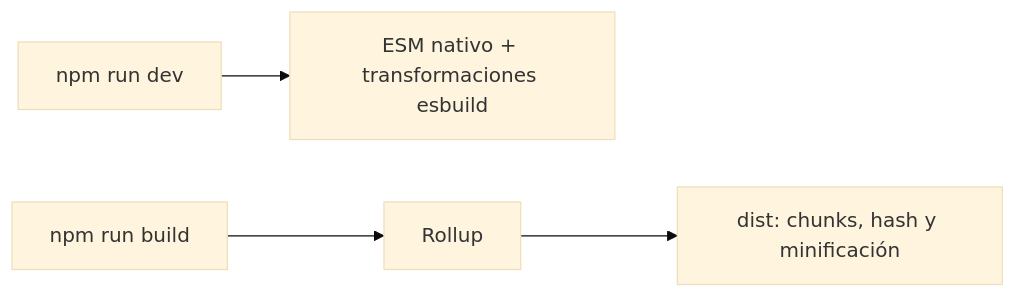
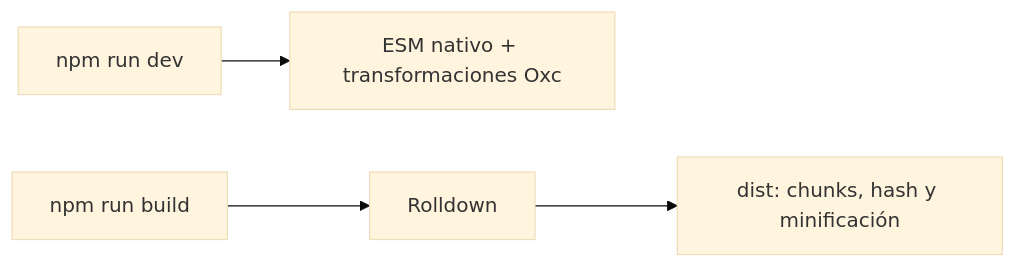
One commit to NICORUIZ93/The_Imperial_Book changed the third of 7 diagrams in web/public/content/javascript/modulo-7.md. Above: the diagram before and after it, drawn with Mermaid (base theme). The commit also changed other lines of this file and 25 other files, not shown here.

````diff
--- a/web/public/content/javascript/modulo-7.md
+++ b/web/public/content/javascript/modulo-7.md
@@ -278,5 +280,5 @@
 ```mermaid
 flowchart LR
-    DEV["npm run dev"] --> NATIVE["ESM nativo + transformaciones esbuild"]
-    BUILD["npm run build"] --> ROLLUP["Rollup"] --> DIST["dist: chunks, hash y minificación"]
+    DEV["npm run dev"] --> NATIVE["ESM nativo + transformaciones Oxc"]
+    BUILD["npm run build"] --> ROLLDOWN["Rolldown"] --> DIST["dist: chunks, hash y minificación"]
 ```
````
